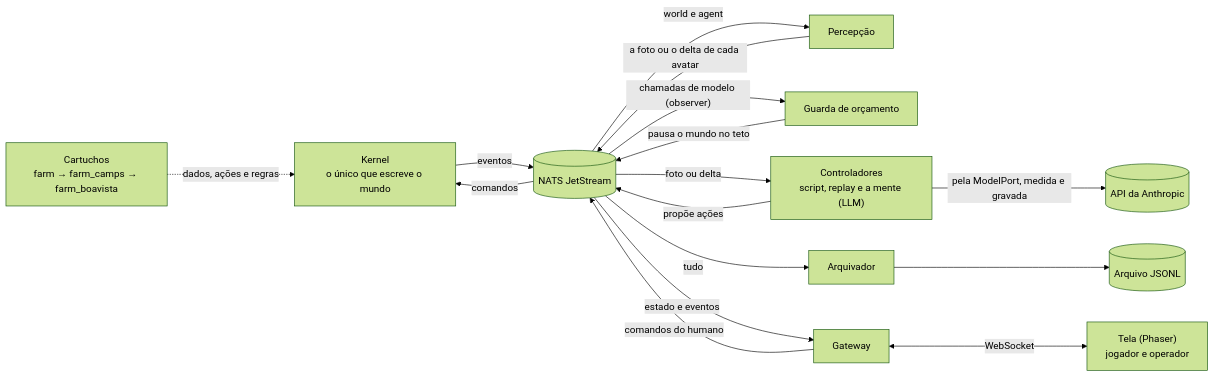
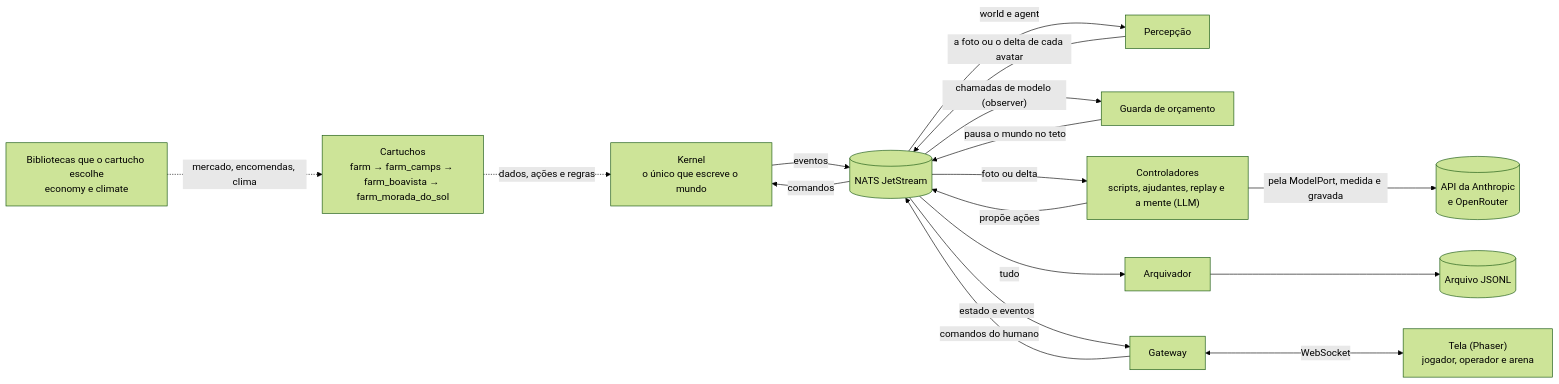
One commit to campilho/campsverso changed the diagram in README.md. Above: the diagram before and after it, drawn with Mermaid (forest theme). The commit also changed other lines of this file and 17 other files, not shown here.

````diff
--- a/README.md
+++ b/README.md
@@ -76,17 +78,18 @@
 ```mermaid
 flowchart LR
-    cart["Cartuchos<br/>farm → farm_camps → farm_boavista"] -. "dados, ações e regras" .-> kernel
+    cart["Cartuchos<br/>farm → farm_camps → farm_boavista → farm_morada_do_sol"] -. "dados, ações e regras" .-> kernel
+    libs["Bibliotecas que o cartucho escolhe<br/>economy e climate"] -. "mercado, encomendas, clima" .-> cart
     kernel["Kernel<br/>o único que escreve o mundo"] -- "eventos" --> nats[("NATS JetStream")]
     nats -- "comandos" --> kernel
     nats -- "world e agent" --> percepcao["Percepção"]
     percepcao -- "a foto ou o delta de cada avatar" --> nats
     nats -- "chamadas de modelo (observer)" --> guarda["Guarda de orçamento"]
     guarda -- "pausa o mundo no teto" --> nats
-    nats -- "foto ou delta" --> runner["Controladores<br/>script, replay e a mente (LLM)"]
+    nats -- "foto ou delta" --> runner["Controladores<br/>scripts, ajudantes, replay e a mente (LLM)"]
     runner -- "propõe ações" --> nats
-    runner -- "pela ModelPort, medida e gravada" --> api[("API da Anthropic")]
+    runner -- "pela ModelPort, medida e gravada" --> api[("API da Anthropic<br/>e OpenRouter")]
     nats -- "tudo" --> arquivador["Arquivador"] --> arquivo[("Arquivo JSONL")]
     nats -- "estado e eventos" --> gateway["Gateway"]
     gateway -- "comandos do humano" --> nats
-    gateway <-->|"WebSocket"| tela["Tela (Phaser)<br/>jogador e operador"]
+    gateway <-->|"WebSocket"| tela["Tela (Phaser)<br/>jogador, operador e arena"]
 ```
````
